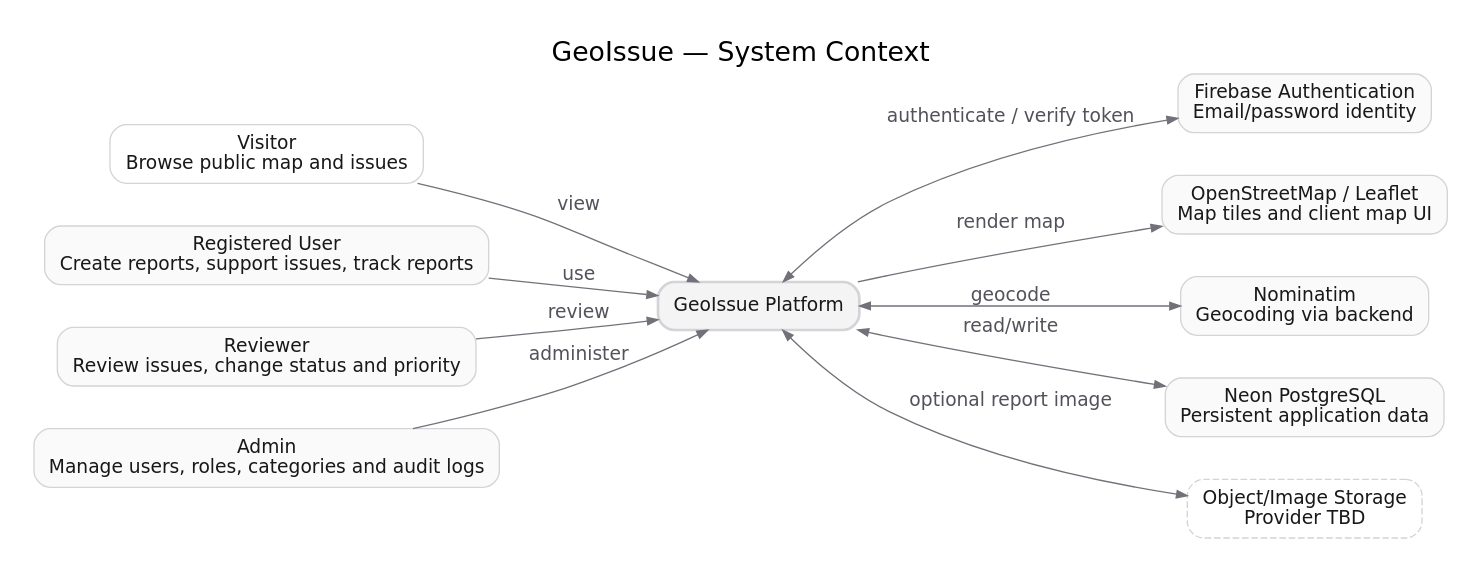
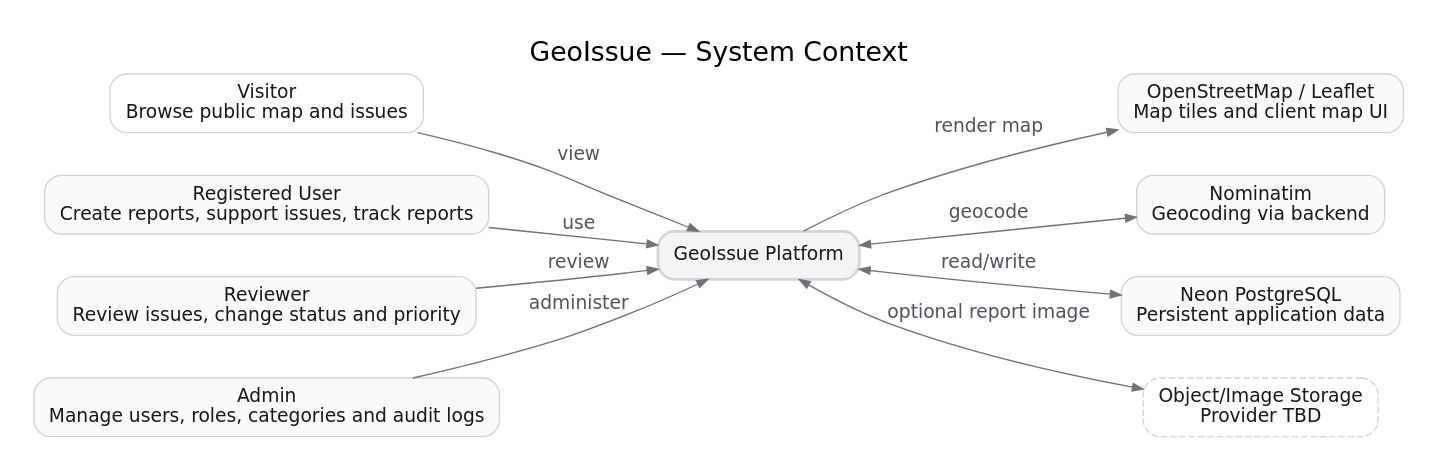
One commit to ff7hpp/GeoIssue changed the diagram in docs/reference/diagrams/01_System_Context.dot. Above: the diagram before and after it, drawn with Graphviz. The commit also changed 56 other files, not shown here.

```diff
--- a/docs/reference/diagrams/01_System_Context.dot
+++ b/docs/reference/diagrams/01_System_Context.dot
@@ -1,37 +1,34 @@
 digraph G {
 
     graph [fontname="DejaVu Sans", bgcolor="white", pad="0.25", nodesep="0.45", ranksep="0.60"];
     node  [fontname="DejaVu Sans", shape=box, style="rounded,filled", fillcolor="#FAFAFA", color="#D4D4D8", fontcolor="#18181B", margin="0.16,0.10"];
     edge  [fontname="DejaVu Sans", color="#71717A", fontcolor="#52525B", arrowsize="0.8"];
 
 rankdir=LR;
 labelloc="t"; label="GeoIssue — System Context"; fontsize=20;
 visitor [label="Visitor
 Browse public map and issues", fillcolor="#FFFFFF"];
 user [label="Registered User
 Create reports, support issues, track reports"];
 reviewer [label="Reviewer
 Review issues, change status and priority"];
 admin [label="Admin
 Manage users, roles, categories and audit logs"];
 geo [label="GeoIssue Platform", shape=box, penwidth=2, fillcolor="#F4F4F5"];
-firebase [label="Firebase Authentication
-Email/password identity"];
 map [label="OpenStreetMap / Leaflet
 Map tiles and client map UI"];
 nominatim [label="Nominatim
 Geocoding via backend"];
 neon [label="Neon PostgreSQL
 Persistent application data"];
 storage [label="Object/Image Storage
 Provider TBD", style="rounded,dashed,filled", fillcolor="#FFFFFF"];
 visitor -> geo [label="view"];
 user -> geo [label="use"];
 reviewer -> geo [label="review"];
 admin -> geo [label="administer"];
-geo -> firebase [dir=both, label="authenticate / verify token"];
 geo -> map [label="render map"];
 geo -> nominatim [dir=both, label="geocode"];
 geo -> neon [dir=both, label="read/write"];
 geo -> storage [dir=both, label="optional report image"];
 }
```
